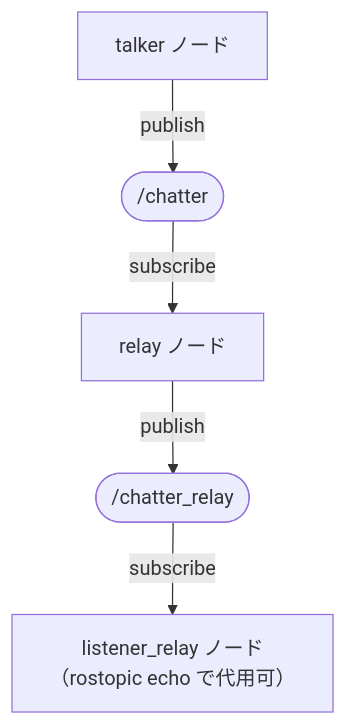
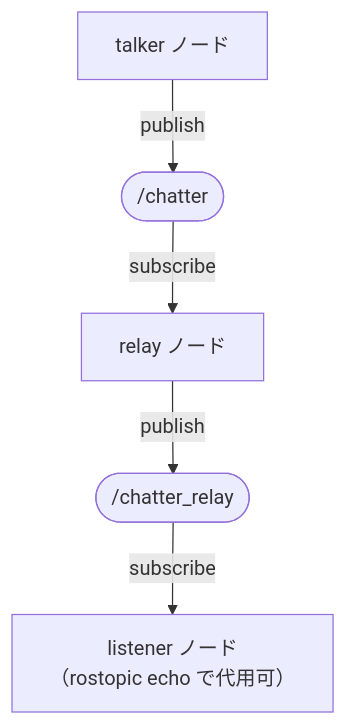
One commit to Harlequinade1123/ros1-tutorials changed the fourth of 4 diagrams in docs/04_publisher_subscriber.md. Above: the diagram before and after it, drawn with Mermaid. The commit also changed other lines of this file, not shown here.

Commit message:
docs: redesign Publisher/Subscriber concept diagrams and clarify explanations in ch.4

````diff
--- a/docs/04_publisher_subscriber.md
+++ b/docs/04_publisher_subscriber.md
@@ -210,12 +223,12 @@
 ```mermaid
 graph TD
     talker["talker ノード"]
     ch(["/chatter"])
     relay["relay ノード"]
     ch_r(["/chatter_relay"])
-    listener["listener_relay ノード<br/>（rostopic echo で代用可）"]
+    listener["listener ノード<br/>（rostopic echo で代用可）"]
     talker -->|"publish"| ch
     ch -->|"subscribe"| relay
     relay -->|"publish"| ch_r
     ch_r -->|"subscribe"| listener
 ```
````
